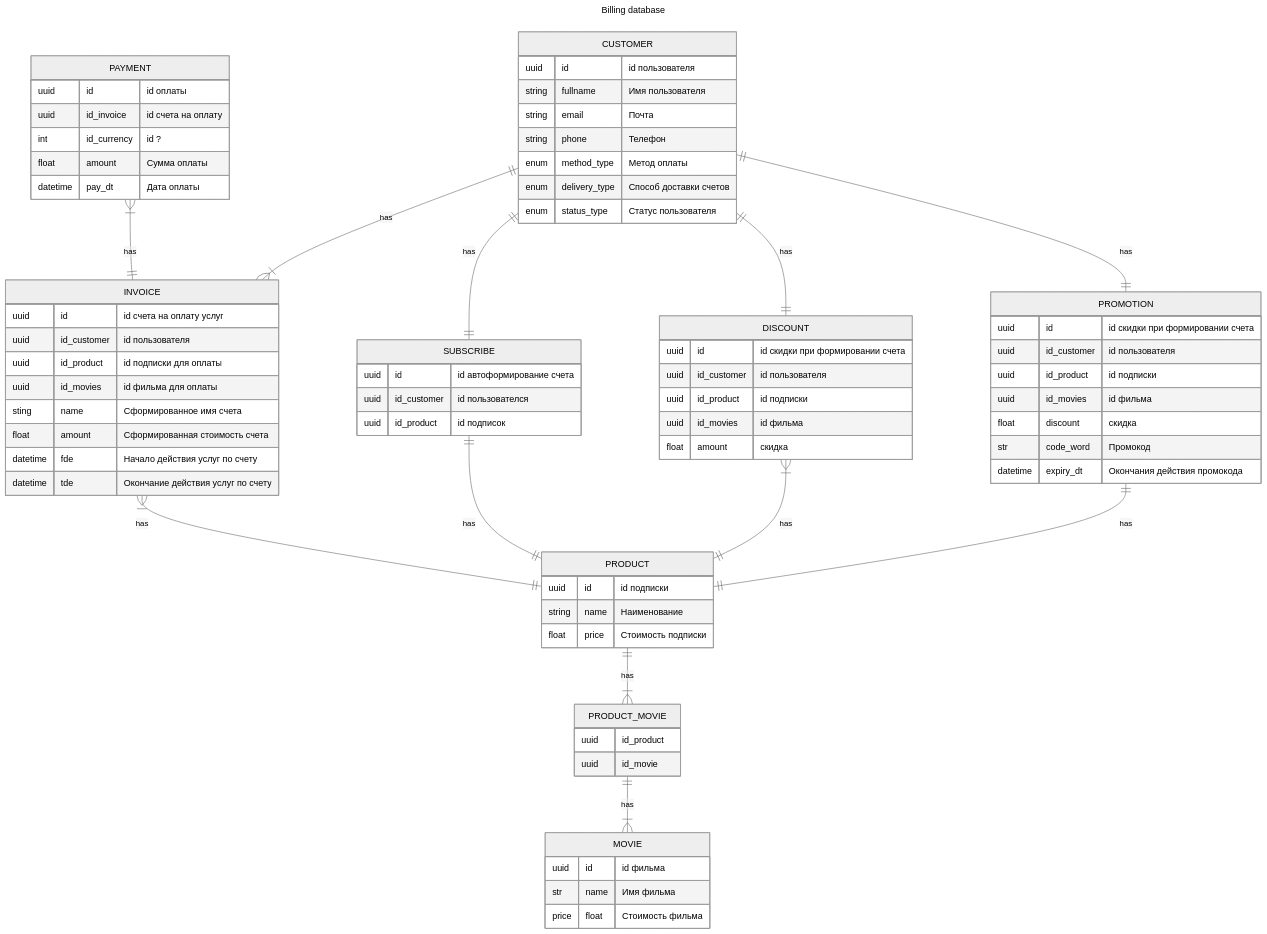
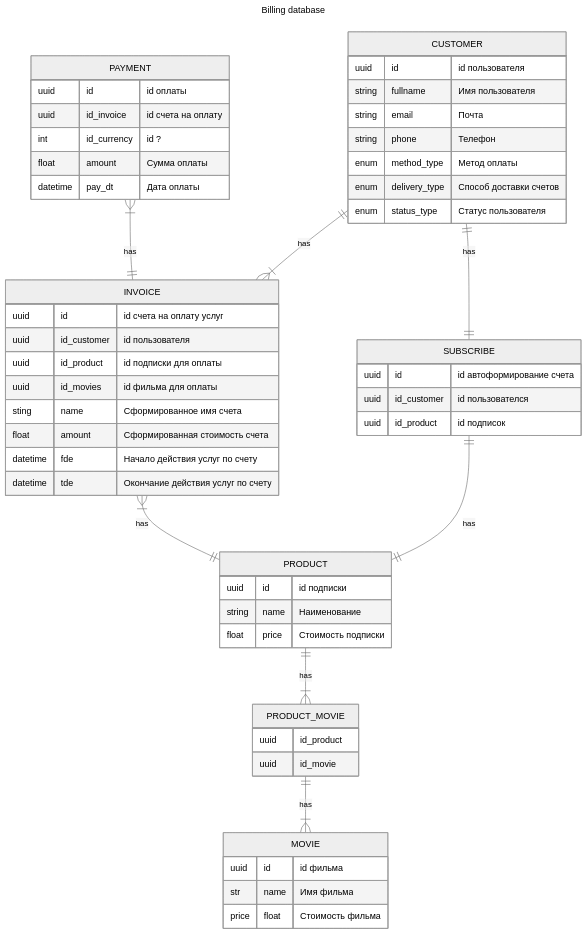
Before and after one commit to fall3nangel/Billing_Stripe: the diagram in architecture/er-billing.md, drawn with Mermaid (neutral theme). The commit also changed 1 other file, not shown here.

Commit message:
remove undevelopment features from architecture

````diff
--- a/architecture/er-billing.md
+++ b/architecture/er-billing.md
@@ -1,80 +1,60 @@
 ```mermaid
 ---
 title: Billing database
 ---
 erDiagram
 CUSTOMER {
     uuid id "id пользователя"
     string fullname "Имя пользователя"
     string email "Почта"
     string phone "Телефон"
     enum method_type "Метод оплаты"
     enum delivery_type "Способ доставки счетов"
     enum status_type "Статус пользователя"
 }
 PAYMENT {
     uuid id "id оплаты"
     uuid id_invoice "id счета на оплату"
     int id_currency "id ?"
     float amount "Сумма оплаты"
     datetime pay_dt "Дата оплаты"
 }
 INVOICE { 
     uuid id "id счета на оплату услуг"
     uuid id_customer "id пользователя"
     uuid id_product "id подписки для оплаты"
     uuid id_movies "id фильма для оплаты"
     sting name "Сформированное имя счета"
     float amount "Сформированная стоимость счета"
     datetime fde "Начало действия услуг по счету"
     datetime tde "Окончание действия услуг по счету"
 }
 SUBSCRIBE {
     uuid id "id автоформирование счета"
     uuid id_customer "id пользователся"
     uuid id_product "id подписок"
 }
-DISCOUNT { 
-    uuid id "id скидки при формировании счета"
-    uuid id_customer "id пользователя"
-    uuid id_product "id подписки"
-    uuid id_movies "id фильма"
-    float amount "скидка"
-}
-PROMOTION {
-    uuid id "id скидки при формировании счета"
-    uuid id_customer "id пользователя"
-    uuid id_product "id подписки"
-    uuid id_movies "id фильма"
-    float discount "скидка"
-    str code_word "Промокод"
-    datetime expiry_dt "Окончания действия промокода"
-}
 PRODUCT {
     uuid id "id подписки" 
     string name "Наименование"
     float price "Стоимость подписки"
 }
 
 MOVIE {
     uuid id "id фильма" 
     str name "Имя фильма" 
     price float "Стоимость фильма"
 }
 
 PRODUCT_MOVIE {
     uuid id_product
     uuid id_movie
 }
 INVOICE }|--|| PRODUCT: has
 PAYMENT }|--|| INVOICE: has
-CUSTOMER  ||--|| PROMOTION: has
 CUSTOMER  ||--}| INVOICE: has
 CUSTOMER  ||--|| SUBSCRIBE: has
-CUSTOMER  ||--|| DISCOUNT: has
 SUBSCRIBE  ||--|| PRODUCT: has
-DISCOUNT }|--|| PRODUCT: has
-PROMOTION ||--|| PRODUCT: has
 PRODUCT ||--|{ PRODUCT_MOVIE: has
 PRODUCT_MOVIE ||--|{ MOVIE: has
 ```
````
